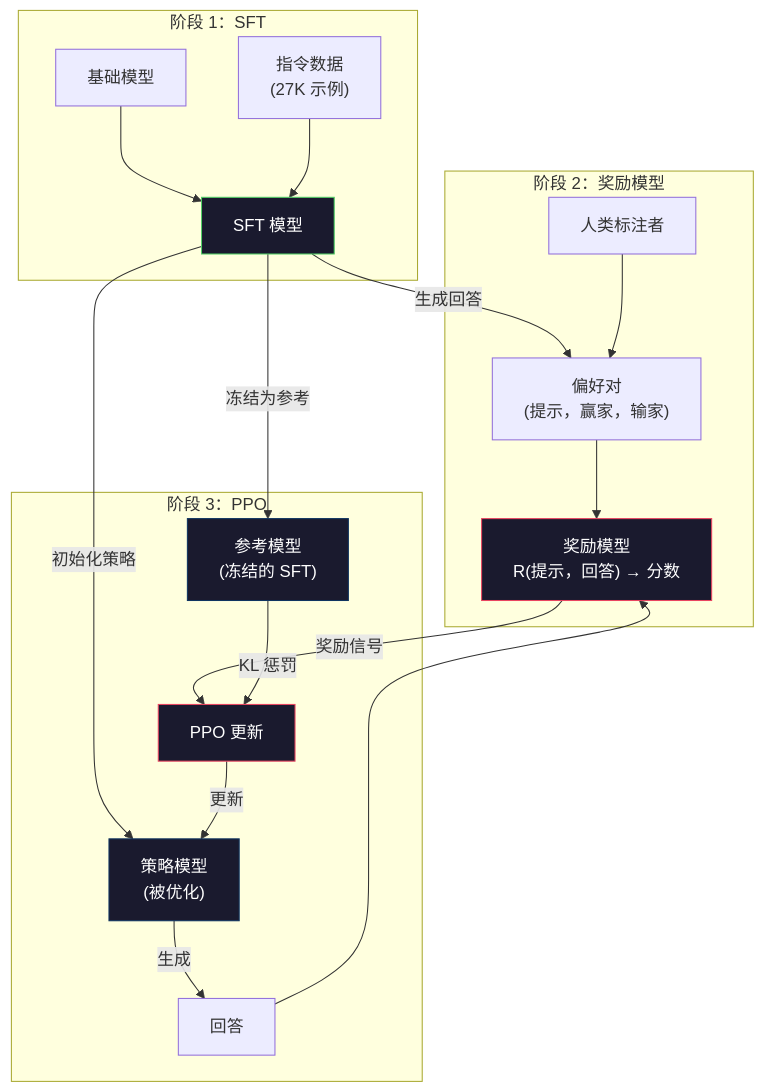
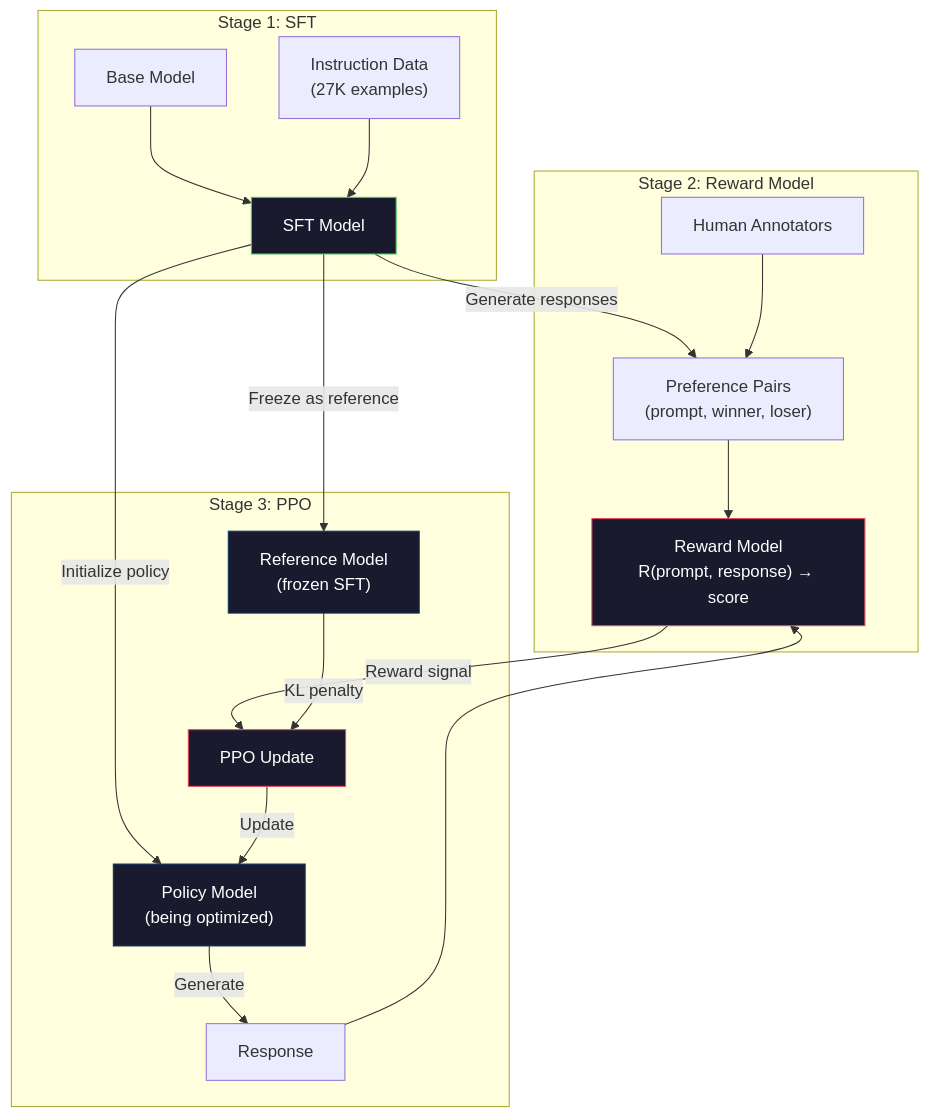
One commit to xiaojiaenen/ai-engineering-from-scratch-zh changed the first of 2 diagrams in i18n/zh/phases/10-llms-from-scratch/07-rlhf/docs/zh.md. Above: the diagram before and after it, drawn with Mermaid. The commit also changed other lines of this file and 24 other files, not shown here.

````diff
--- a/i18n/zh/phases/10-llms-from-scratch/07-rlhf/docs/zh.md
+++ b/i18n/zh/phases/10-llms-from-scratch/07-rlhf/docs/zh.md
@@ -43,29 +43,29 @@
 ```mermaid
 graph TD
-    subgraph Stage1["阶段 1：SFT"]
-        B["基础模型"] --> S["SFT 模型"]
-        D["指令数据\n(27K 示例)"] --> S
+    subgraph Stage1["Stage 1: SFT"]
+        B["Base Model"] --> S["SFT Model"]
+        D["Instruction Data\n(27K examples)"] --> S
     end
 
-    subgraph Stage2["阶段 2：奖励模型"]
-        S --> |"生成回答"| P["偏好对\n(提示，赢家，输家)"]
-        H["人类标注者"] --> P
-        P --> R["奖励模型\nR(提示，回答) → 分数"]
+    subgraph Stage2["Stage 2: Reward Model"]
+        S --> |"Generate responses"| P["Preference Pairs\n(prompt, winner, loser)"]
+        H["Human Annotators"] --> P
+        P --> R["Reward Model\nR(prompt, response) → score"]
     end
 
-    subgraph Stage3["阶段 3：PPO"]
-        S --> |"初始化策略"| PI["策略模型\n(被优化)"]
-        S --> |"冻结为参考"| REF["参考模型\n(冻结的 SFT)"]
-        PI --> |"生成"| RESP["回答"]
+    subgraph Stage3["Stage 3: PPO"]
+        S --> |"Initialize policy"| PI["Policy Model\n(being optimized)"]
+        S --> |"Freeze as reference"| REF["Reference Model\n(frozen SFT)"]
+        PI --> |"Generate"| RESP["Response"]
         RESP --> R
-        R --> |"奖励信号"| PPO["PPO 更新"]
-        REF --> |"KL 惩罚"| PPO
-        PPO --> |"更新"| PI
+        R --> |"Reward signal"| PPO["PPO Update"]
+        REF --> |"KL penalty"| PPO
+        PPO --> |"Update"| PI
     end
 
     style S fill:#1a1a2e,stroke:#51cf66,color:#fff
     style R fill:#1a1a2e,stroke:#e94560,color:#fff
     style PI fill:#1a1a2e,stroke:#0f3460,color:#fff
     style REF fill:#1a1a2e,stroke:#0f3460,color:#fff
     style PPO fill:#1a1a2e,stroke:#e94560,color:#fff
 ```
````
